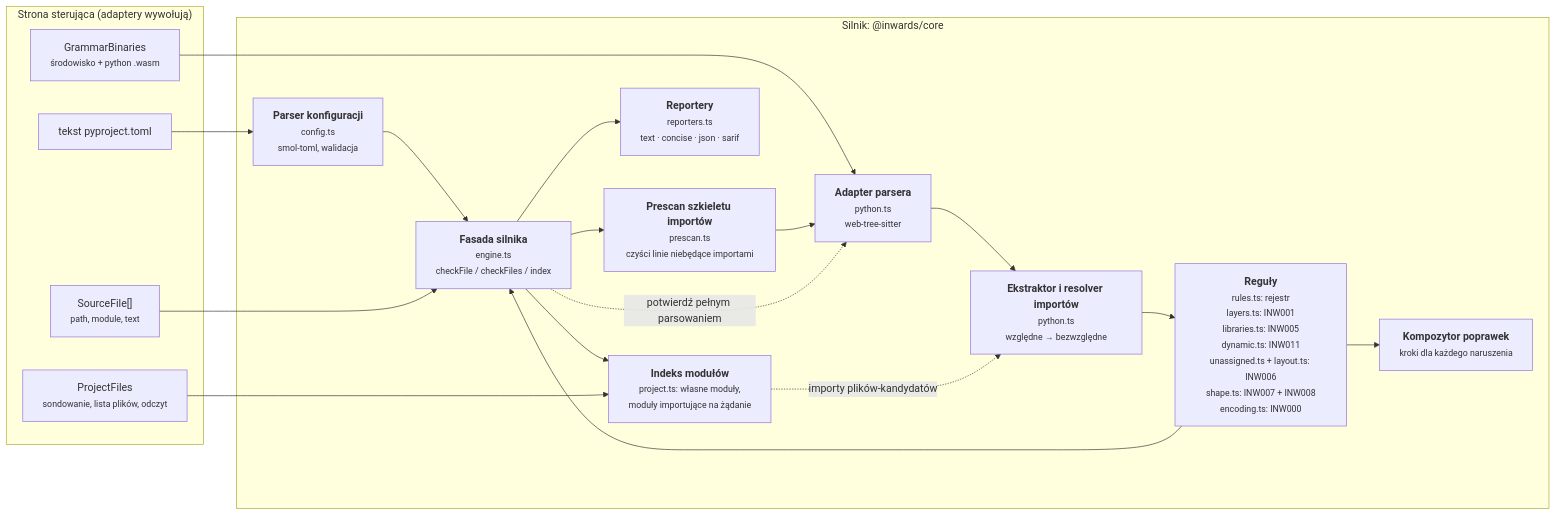
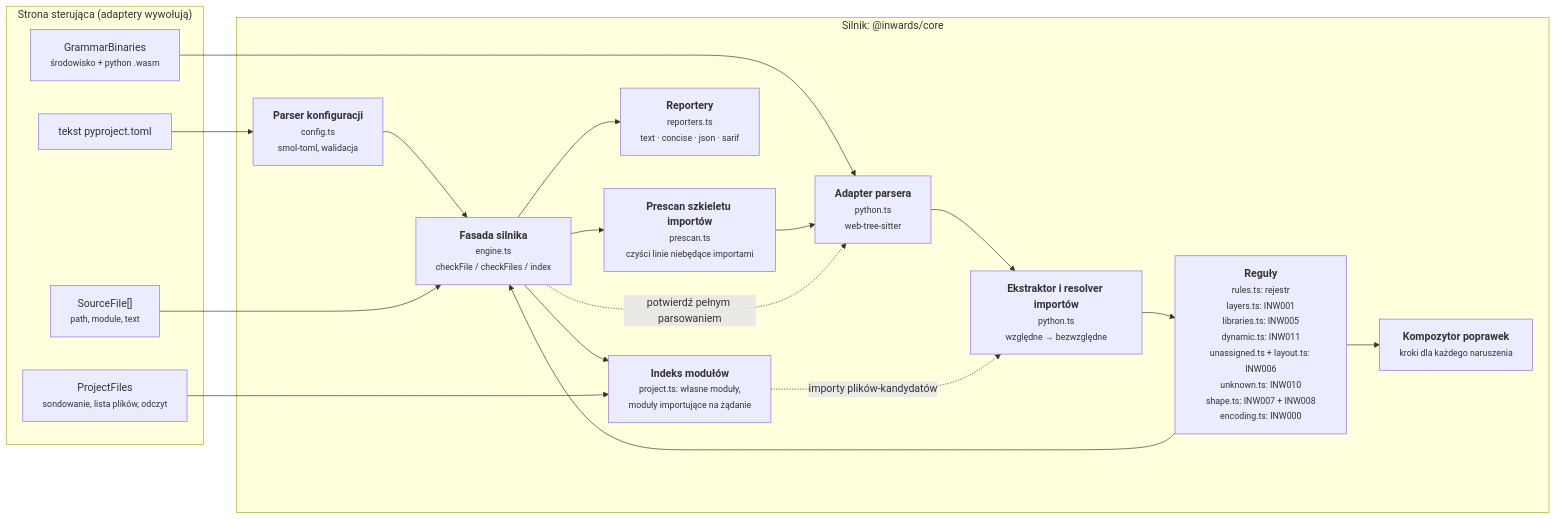
Before and after one commit to SirCypkowskyy/inwards: the third of 6 diagrams in docs/pl/03-Architecture-C4.md, drawn with Mermaid. The commit also changed other lines of this file and 33 other files, not shown here.

First line of the commit message:
feat(rules)!: add INW010 to flag imports of first-party modules that don't exist

````diff
--- a/docs/pl/03-Architecture-C4.md
+++ b/docs/pl/03-Architecture-C4.md
@@ -104,33 +104,33 @@
 ```mermaid
 flowchart LR
     subgraph driving["Strona sterująca (adaptery wywołują)"]
         files["SourceFile[]<br/><small>path, module, text</small>"]
         cfgtext["tekst pyproject.toml"]
         wasm["GrammarBinaries<br/><small>środowisko + python .wasm</small>"]
         pfiles["ProjectFiles<br/><small>sondowanie, lista plików, odczyt</small>"]
     end
 
     subgraph enginebox["Silnik: @inwards/core"]
         config["<b>Parser konfiguracji</b><br/><small>config.ts<br/>smol-toml, walidacja</small>"]
         pre["<b>Prescan szkieletu importów</b><br/><small>prescan.ts<br/>czyści linie niebędące importami</small>"]
         parser["<b>Adapter parsera</b><br/><small>python.ts<br/>web-tree-sitter</small>"]
         extract["<b>Ekstraktor i resolver importów</b><br/><small>python.ts<br/>względne → bezwzględne</small>"]
-        rules["<b>Reguły</b><br/><small>rules.ts: rejestr<br/>layers.ts: INW001<br/>libraries.ts: INW005<br/>dynamic.ts: INW011<br/>unassigned.ts + layout.ts: INW006<br/>shape.ts: INW007 + INW008<br/>encoding.ts: INW000</small>"]
+        rules["<b>Reguły</b><br/><small>rules.ts: rejestr<br/>layers.ts: INW001<br/>libraries.ts: INW005<br/>dynamic.ts: INW011<br/>unassigned.ts + layout.ts: INW006<br/>unknown.ts: INW010<br/>shape.ts: INW007 + INW008<br/>encoding.ts: INW000</small>"]
         fix["<b>Kompozytor poprawek</b><br/><small>kroki dla każdego naruszenia</small>"]
         report["<b>Reportery</b><br/><small>reporters.ts<br/>text · concise · json · sarif</small>"]
         engine["<b>Fasada silnika</b><br/><small>engine.ts<br/>checkFile / checkFiles / index</small>"]
         modgraph["<b>Indeks modułów</b><br/><small>project.ts: własne moduły,<br/>moduły importujące na żądanie</small>"]
     end
 
     cfgtext --> config --> engine
     wasm --> parser
     files --> engine
     engine --> pre --> parser --> extract --> rules
     rules --> fix
     rules --> engine
     engine -. "potwierdź pełnym parsowaniem" .-> parser
     engine --> modgraph
     pfiles --> modgraph
     modgraph -. "importy plików-kandydatów" .-> extract
     engine --> report
 ```
````
